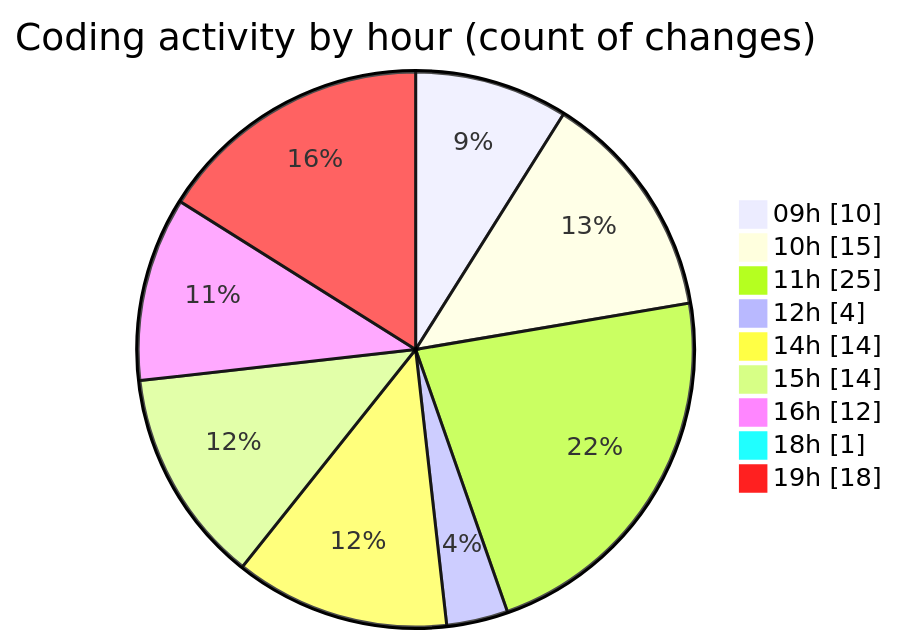
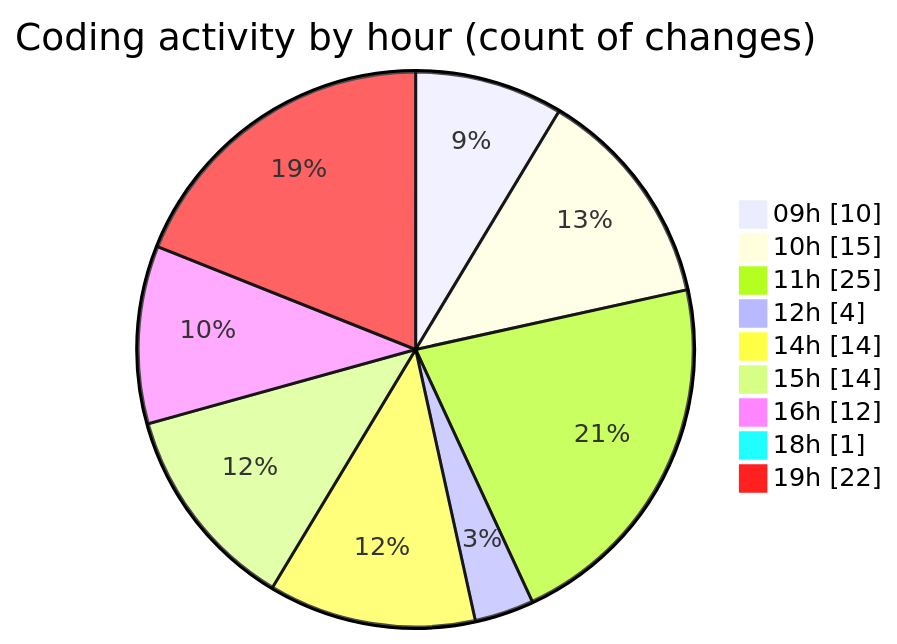
One commit to MatusMokan/code-tracking changed the second of 2 diagrams in 2025-03-21/myws__workspace_/README.md. Above: the diagram before and after it, drawn with Mermaid. The commit also changed other lines of this file and 1 other file, not shown here.

````diff
--- a/2025-03-21/myws__workspace_/README.md
+++ b/2025-03-21/myws__workspace_/README.md
@@ -35,13 +35,13 @@
 ```mermaid
 pie showData
 title Coding activity by hour (count of changes)
 "09h" : 10
 "10h" : 15
 "11h" : 25
 "12h" : 4
 "14h" : 14
 "15h" : 14
 "16h" : 12
 "18h" : 1
-"19h" : 18
+"19h" : 22
 ```
````
